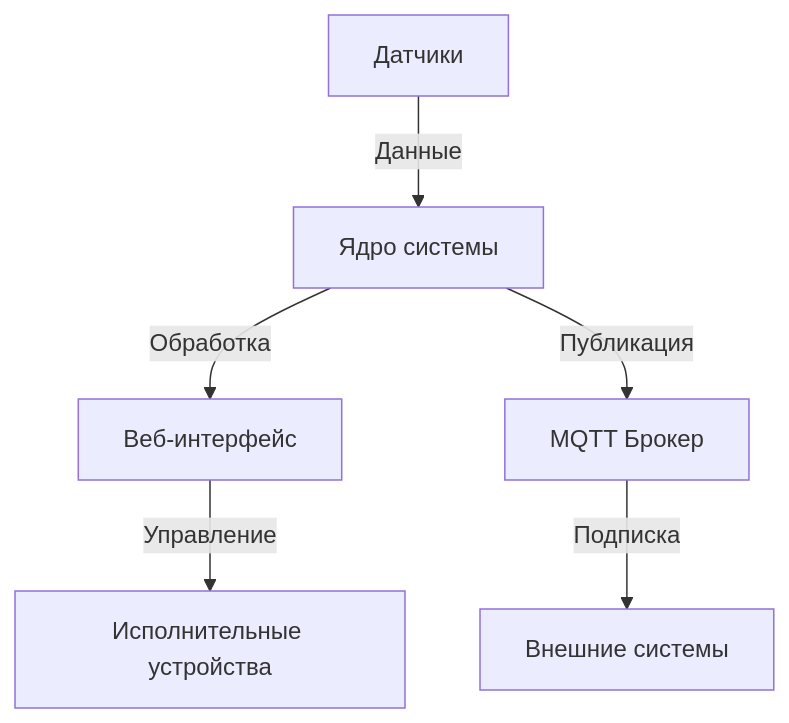
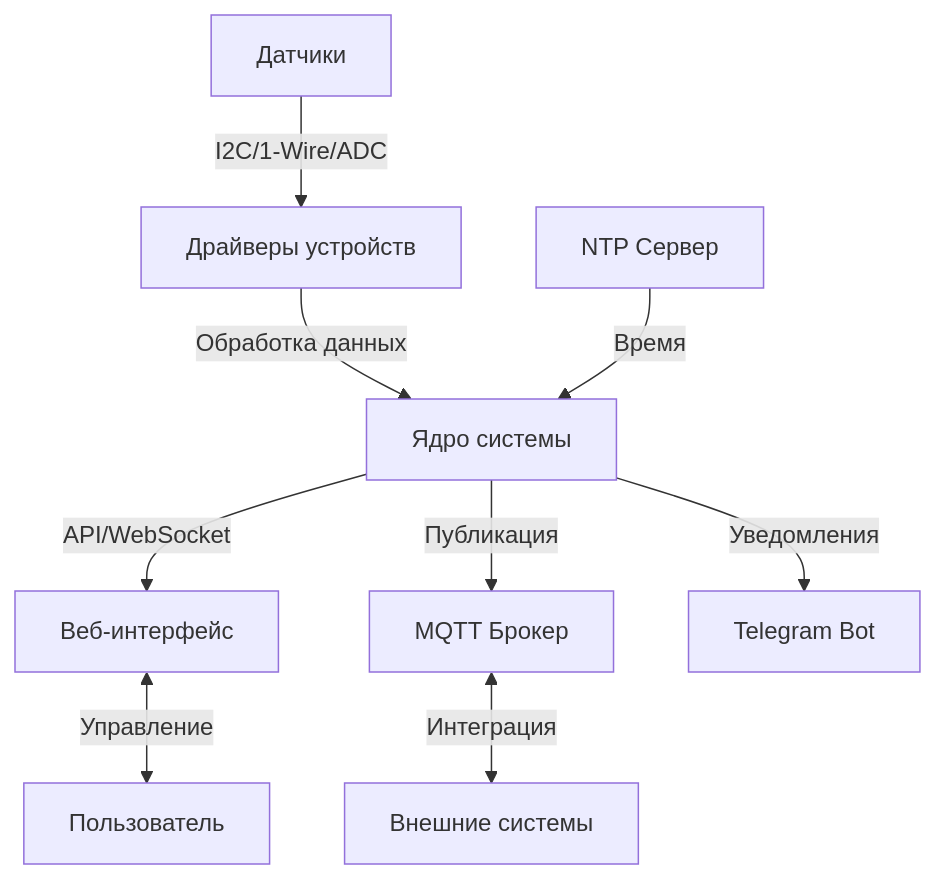
Before and after one commit to progl/growbox: the diagram in docs/ARCHITECTURE.md, drawn with Mermaid. The commit also changed other lines of this file and 12 other files, not shown here.

````diff
--- a/docs/ARCHITECTURE.md
+++ b/docs/ARCHITECTURE.md
@@ -41,8 +49,11 @@
 ```mermaid
 graph TD
-    A[Датчики] -->|Данные| B[Ядро системы]
-    B -->|Обработка| C[Веб-интерфейс]
-    B -->|Публикация| D[MQTT Брокер]
-    C -->|Управление| E[Исполнительные устройства]
-    D -->|Подписка| F[Внешние системы]
+    A[Датчики] -->|I2C/1-Wire/ADC| B[Драйверы устройств]
+    B -->|Обработка данных| C[Ядро системы]
+    C -->|API/WebSocket| D[Веб-интерфейс]
+    C -->|Публикация| E[MQTT Брокер]
+    C -->|Уведомления| F[Telegram Bot]
+    D <-->|Управление| G[Пользователь]
+    E <-->|Интеграция| H[Внешние системы]
+    I[NTP Сервер] -->|Время| C
 ```
````
